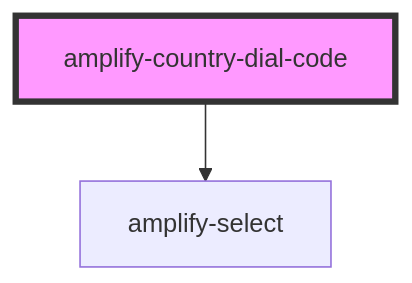
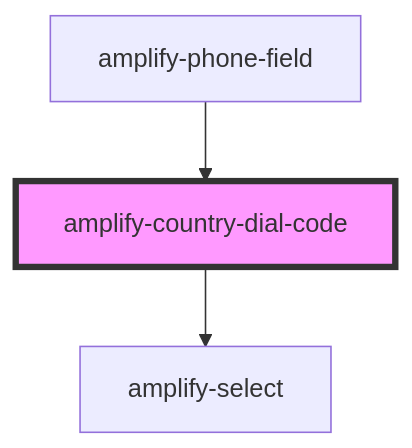
The diagram in packages/amplify-ui-components/src/components/amplify-country-dial-code/readme.md (OneDev0411/amplify-js), drawn with Mermaid before and after one commit. The commit also changed other lines of this file and 241 other files, not shown here.

````diff
--- a/packages/amplify-ui-components/src/components/amplify-country-dial-code/readme.md
+++ b/packages/amplify-ui-components/src/components/amplify-country-dial-code/readme.md
@@ -23,5 +26,6 @@
 ```mermaid
 graph TD;
   amplify-country-dial-code --> amplify-select
+  amplify-phone-field --> amplify-country-dial-code
   style amplify-country-dial-code fill:#f9f,stroke:#333,stroke-width:4px
 ```
````
